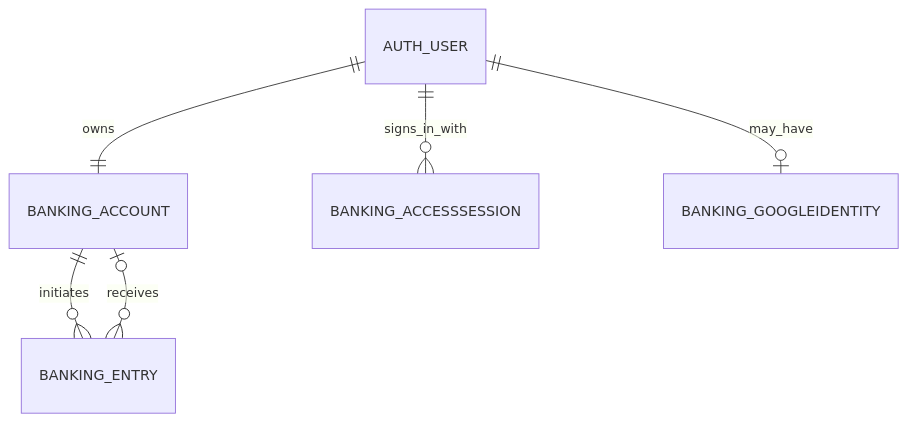
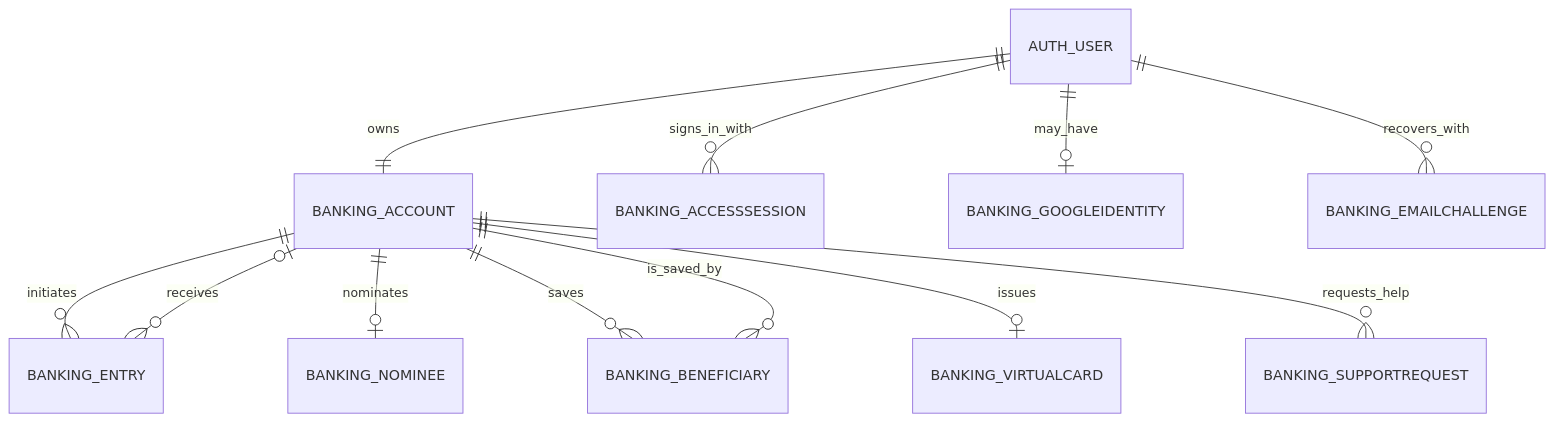
The second of 3 diagrams in docs/PROJECT-STUDY-GUIDE.md (Vaibhavsh0120/HDFC-Bank), drawn with Mermaid before and after one commit. The commit also changed other lines of this file and 4 other files, not shown here.

````diff
--- a/docs/PROJECT-STUDY-GUIDE.md
+++ b/docs/PROJECT-STUDY-GUIDE.md
@@ -42,8 +42,14 @@
 ```mermaid
 erDiagram
     AUTH_USER ||--|| BANKING_ACCOUNT : owns
     AUTH_USER ||--o{ BANKING_ACCESSSESSION : signs_in_with
     AUTH_USER ||--o| BANKING_GOOGLEIDENTITY : may_have
+    AUTH_USER ||--o{ BANKING_EMAILCHALLENGE : recovers_with
     BANKING_ACCOUNT ||--o{ BANKING_ENTRY : initiates
     BANKING_ACCOUNT o|--o{ BANKING_ENTRY : receives
+    BANKING_ACCOUNT ||--o| BANKING_NOMINEE : nominates
+    BANKING_ACCOUNT ||--o{ BANKING_BENEFICIARY : saves
+    BANKING_ACCOUNT ||--o{ BANKING_BENEFICIARY : is_saved_by
+    BANKING_ACCOUNT ||--o| BANKING_VIRTUALCARD : issues
+    BANKING_ACCOUNT ||--o{ BANKING_SUPPORTREQUEST : requests_help
 ```
````
